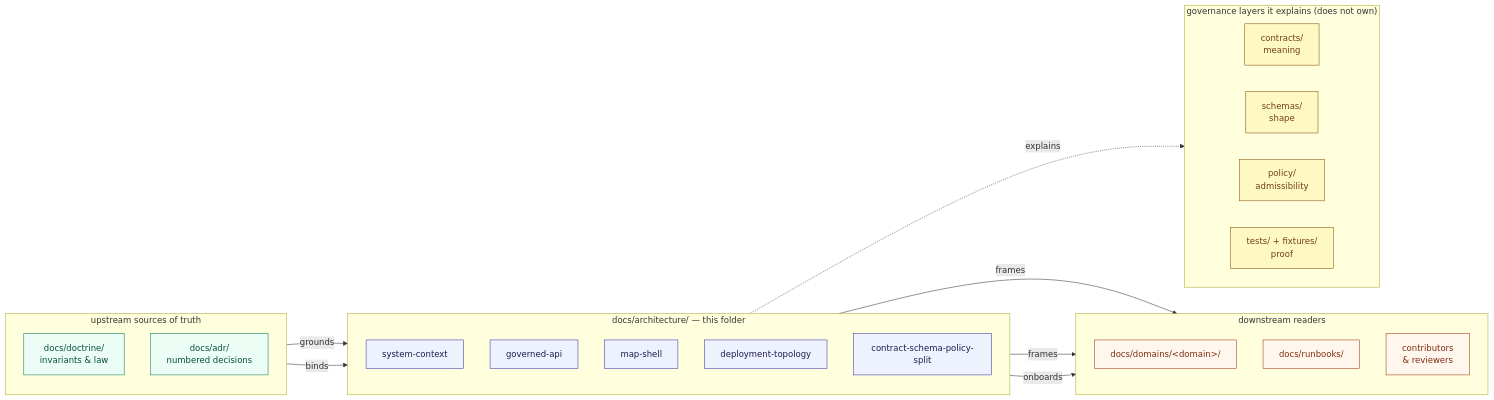
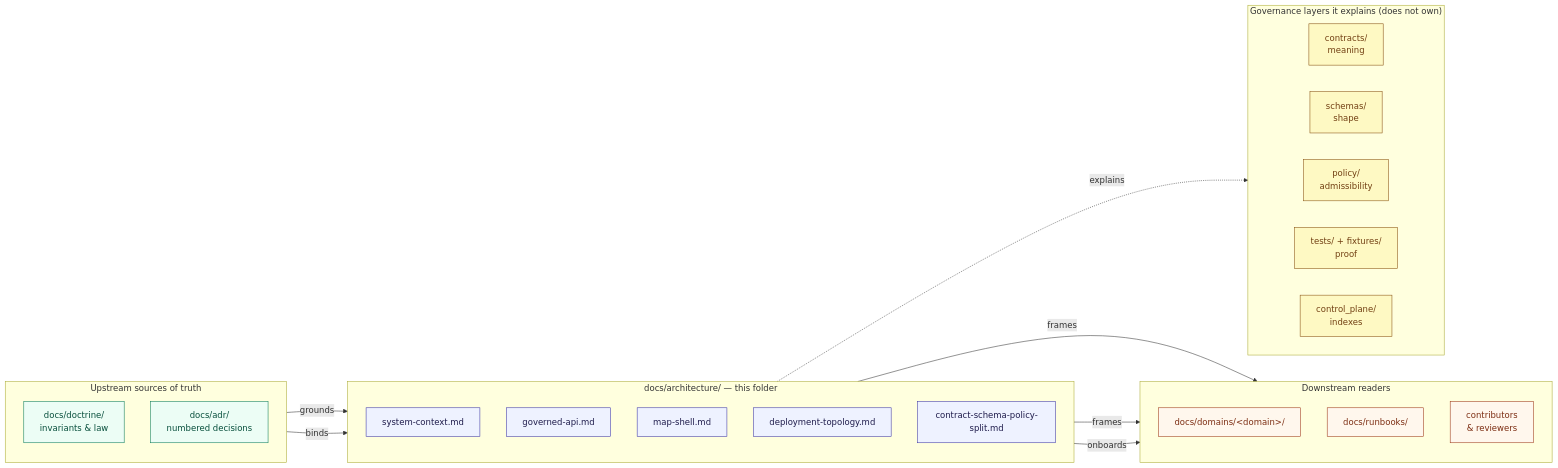
The diagram in docs/architecture/README.md (bartytime4life/Kansas-Frontier-Matrix), drawn with Mermaid before and after one commit. The commit also changed other lines of this file, not shown here.

````diff
--- a/docs/architecture/README.md
+++ b/docs/architecture/README.md
@@ -154,48 +189,49 @@
 ```mermaid
 flowchart LR
-  subgraph upstream["upstream sources of truth"]
+  subgraph upstream["Upstream sources of truth"]
     direction TB
     doctrine["docs/doctrine/<br/>invariants & law"]
     adr["docs/adr/<br/>numbered decisions"]
   end
 
   subgraph here["docs/architecture/ — this folder"]
     direction TB
-    sc[system-context]
-    gapi[governed-api]
-    msh[map-shell]
-    dt[deployment-topology]
-    csp[contract-schema-policy-split]
+    sc["system-context.md"]
+    gapi["governed-api.md"]
+    msh["map-shell.md"]
+    dt["deployment-topology.md"]
+    csp["contract-schema-policy-split.md"]
   end
 
-  subgraph downstream["downstream readers"]
+  subgraph downstream["Downstream readers"]
     direction TB
     domains["docs/domains/&lt;domain&gt;/"]
     runbooks["docs/runbooks/"]
     contributors["contributors<br/>& reviewers"]
   end
 
-  subgraph layers["governance layers it explains (does not own)"]
+  subgraph layers["Governance layers it explains (does not own)"]
     direction LR
     contracts["contracts/<br/>meaning"]
     schemas["schemas/<br/>shape"]
     policy["policy/<br/>admissibility"]
     tests["tests/ + fixtures/<br/>proof"]
+    cp["control_plane/<br/>indexes"]
   end
 
   doctrine -->|grounds| here
   adr -->|binds| here
   here -->|frames| domains
   here -->|frames| runbooks
   here -->|onboards| contributors
   here -.explains.-> layers
 
   classDef this fill:#eef2ff,stroke:#3730a3,color:#1e1b4b;
   classDef upstr fill:#ecfdf5,stroke:#047857,color:#064e3b;
   classDef downstr fill:#fff7ed,stroke:#9a3412,color:#7c2d12;
   classDef layer fill:#fef9c3,stroke:#854d0e,color:#713f12;
-  class sc,gapi,msh,dt,csp this
-  class doctrine,adr upstr
-  class domains,runbooks,contributors downstr
-  class contracts,schemas,policy,tests layer
+  class sc,gapi,msh,dt,csp this;
+  class doctrine,adr upstr;
+  class domains,runbooks,contributors downstr;
+  class contracts,schemas,policy,tests,cp layer;
 ```
````
